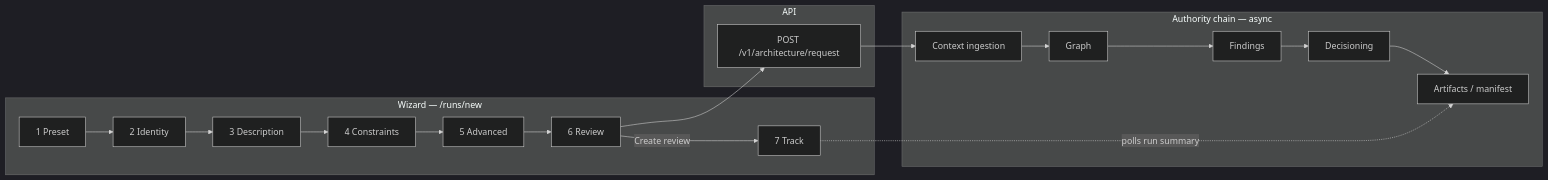
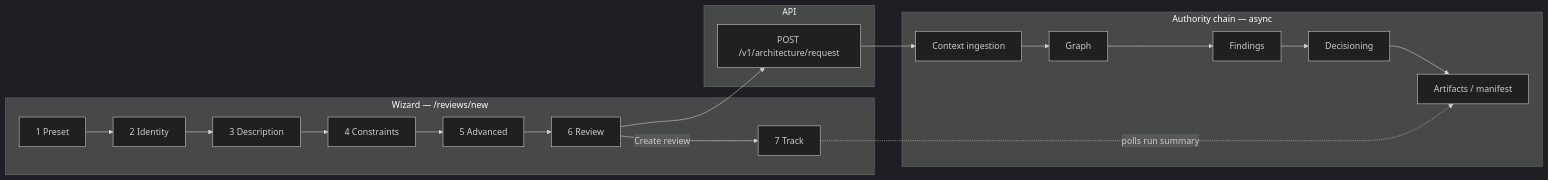
Before and after one commit to joefrancisGA/ArchLucid: the diagram in docs/library/FIRST_RUN_WIZARD.md, drawn with Mermaid (dark theme). The commit also changed 14 other files, not shown here.

````diff
--- a/docs/library/FIRST_RUN_WIZARD.md
+++ b/docs/library/FIRST_RUN_WIZARD.md
@@ -41,30 +41,30 @@
 ```mermaid
 flowchart LR
-  subgraph wizard [Wizard — /runs/new]
+  subgraph wizard [Wizard — /reviews/new]
     S1[1 Preset]
     S2[2 Identity]
     S3[3 Description]
     S4[4 Constraints]
     S5[5 Advanced]
     S6[6 Review]
     S7[7 Track]
     S1 --> S2 --> S3 --> S4 --> S5 --> S6 -->|Create review| S7
   end
 
   subgraph api [API]
     POST[POST /v1/architecture/request]
   end
 
   subgraph pipeline [Authority chain — async]
     CTX[Context ingestion]
     GRA[Graph]
     FIN[Findings]
     DEC[Decisioning]
     ART[Artifacts / manifest]
     CTX --> GRA --> FIN --> DEC --> ART
   end
 
   S6 --> POST
   POST --> CTX
   S7 -. polls run summary .-> ART
 ```
````
